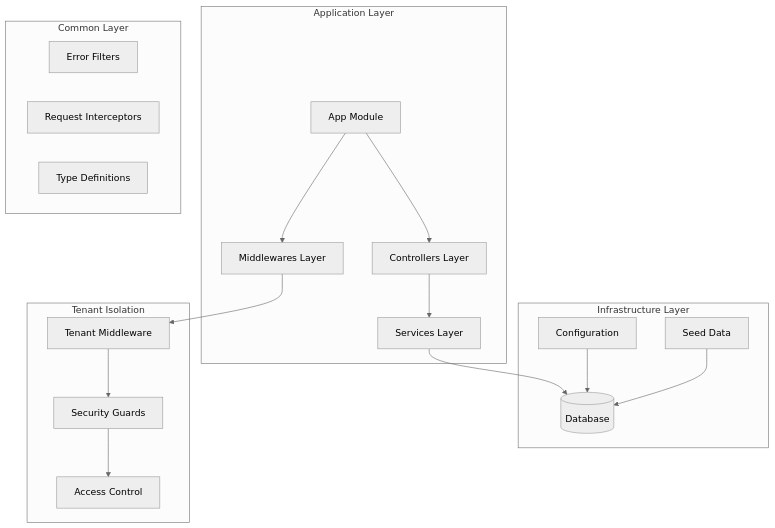
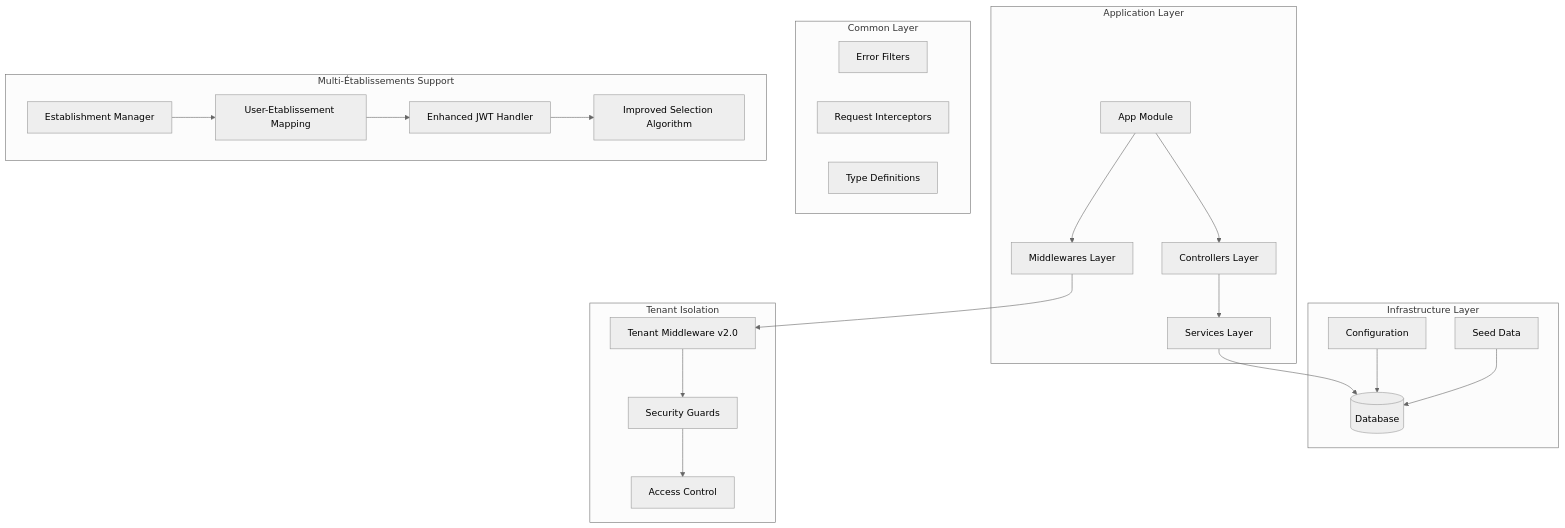
Before and after one commit to franckylab/eLISAschool: the first of 7 diagrams in .qoder/repowiki/en/content/Architecture Overview/Multi-Tenant Architecture.md, drawn with Mermaid (neutral theme). The commit also changed other lines of this file and 75 other files, not shown here.

````diff
--- a/.qoder/repowiki/en/content/Architecture Overview/Multi-Tenant Architecture.md
+++ b/.qoder/repowiki/en/content/Architecture Overview/Multi-Tenant Architecture.md
@@ -39,33 +57,42 @@
 ```mermaid
 graph TB
 subgraph "Application Layer"
 App[App Module]
 Controllers[Controllers Layer]
 Services[Services Layer]
 Middlewares[Middlewares Layer]
 end
 subgraph "Infrastructure Layer"
 Config[Configuration]
 Database[(Database)]
 Seed[Seed Data]
 end
 subgraph "Common Layer"
 Filters[Error Filters]
 Interceptors[Request Interceptors]
 Types[Type Definitions]
 end
 subgraph "Tenant Isolation"
-TenantMiddleware[Tenant Middleware]
+TenantMiddleware[Tenant Middleware v2.0]
 SecurityGuard[Security Guards]
 AccessControl[Access Control]
+end
+subgraph "Multi-Établissements Support"
+EstablishmentManager[Establishment Manager]
+UserEstablishment[User-Etablissement Mapping]
+JWTHandler[Enhanced JWT Handler]
+SelectionAlgorithm[Improved Selection Algorithm]
 end
 App --> Controllers
 Controllers --> Services
 Services --> Database
 App --> Middlewares
 Middlewares --> TenantMiddleware
 TenantMiddleware --> SecurityGuard
 SecurityGuard --> AccessControl
 Config --> Database
 Seed --> Database
+EstablishmentManager --> UserEstablishment
+UserEstablishment --> JWTHandler
+JWTHandler --> SelectionAlgorithm
 ```
````
